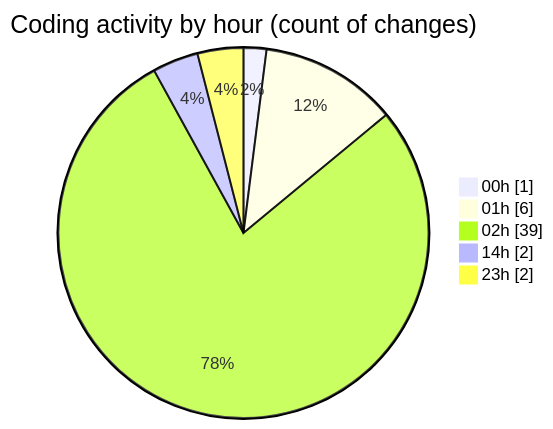
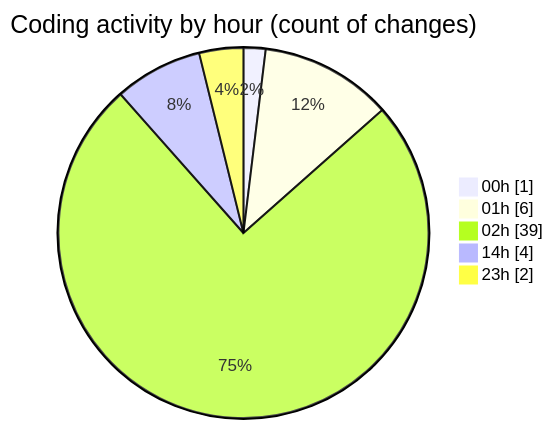
Before and after one commit to charlie-sans/code-tracking: the second of 2 diagrams in 2025-02-19/masm/README.md, drawn with Mermaid. The commit also changed other lines of this file and 1 other file, not shown here.

````diff
--- a/2025-02-19/masm/README.md
+++ b/2025-02-19/masm/README.md
@@ -35,9 +35,9 @@
 ```mermaid
 pie showData
 title Coding activity by hour (count of changes)
 "00h" : 1
 "01h" : 6
 "02h" : 39
-"14h" : 2
+"14h" : 4
 "23h" : 2
 ```
````
